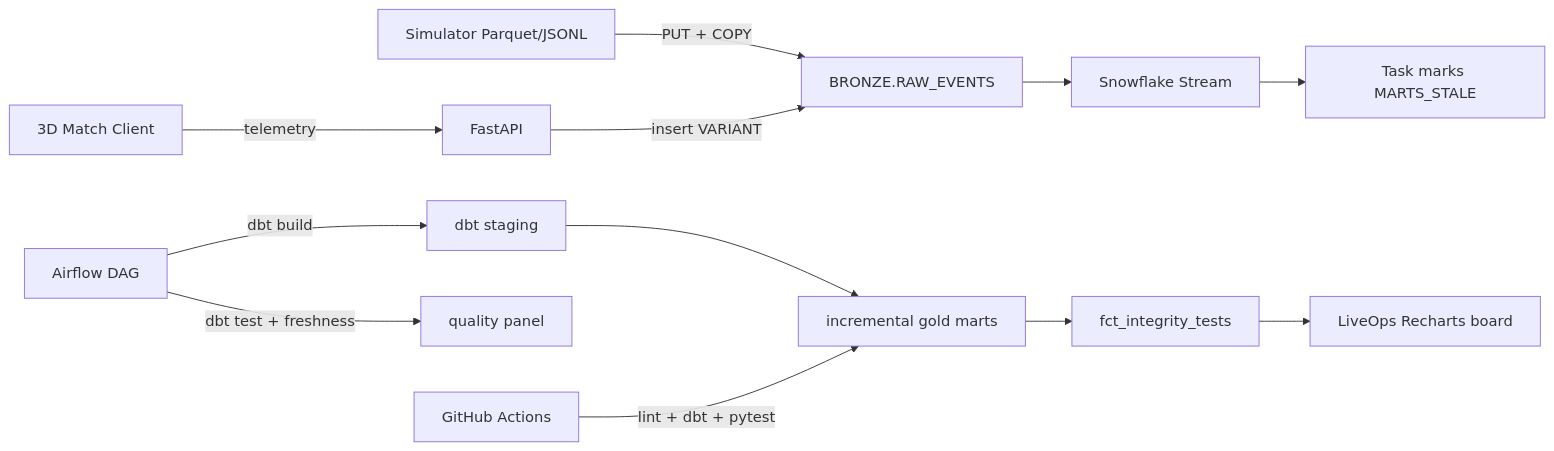
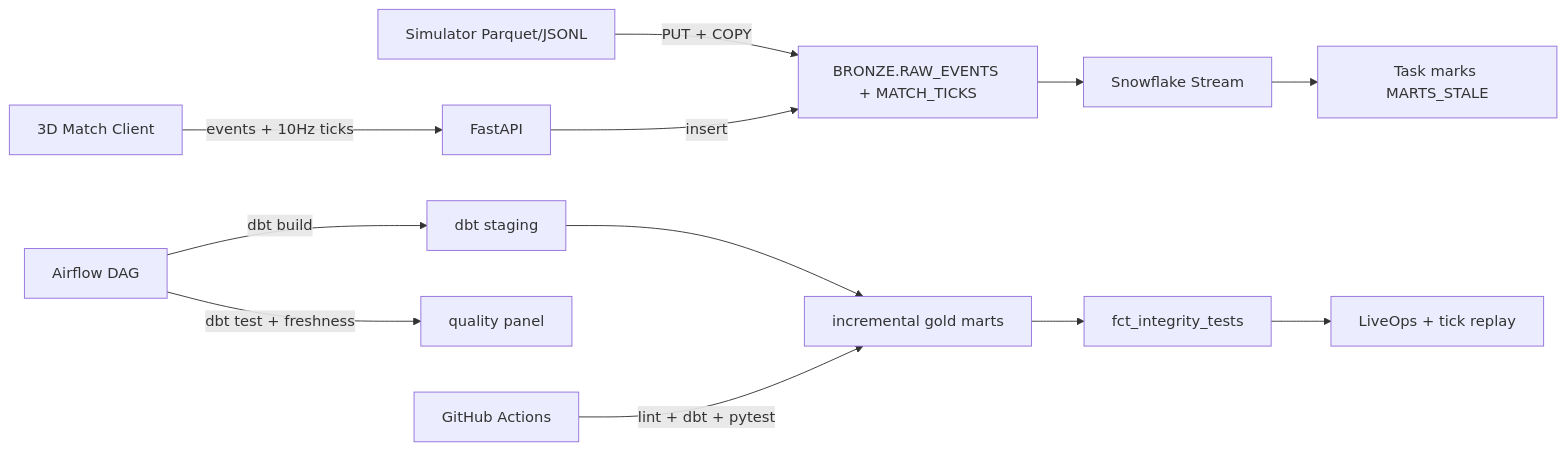
Before and after one commit to Soham11k/LiveOps: the diagram in README.md, drawn with Mermaid. The commit also changed other lines of this file and 79 other files, not shown here.

````diff
--- a/README.md
+++ b/README.md
@@ -21,14 +22,14 @@
 ```mermaid
 flowchart LR
-  Game["3D Match Client"] -->|"telemetry"| API["FastAPI"]
+  Game["3D Match Client"] -->|"events + 10Hz ticks"| API["FastAPI"]
   Sim["Simulator Parquet/JSONL"] -->|"PUT + COPY"| Bronze
-  API -->|"insert VARIANT"| Bronze["BRONZE.RAW_EVENTS"]
+  API -->|"insert"| Bronze["BRONZE.RAW_EVENTS + MATCH_TICKS"]
   Bronze --> Stream["Snowflake Stream"]
   Stream --> Task["Task marks MARTS_STALE"]
   Airflow["Airflow DAG"] -->|"dbt build"| Silver["dbt staging"]
   Silver --> Gold["incremental gold marts"]
   Gold --> Stats["fct_integrity_tests"]
-  Stats --> Ops["LiveOps Recharts board"]
+  Stats --> Ops["LiveOps + tick replay"]
   Airflow -->|"dbt test + freshness"| Quality["quality panel"]
   CI["GitHub Actions"] -->|"lint + dbt + pytest"| Gold
 ```
````
